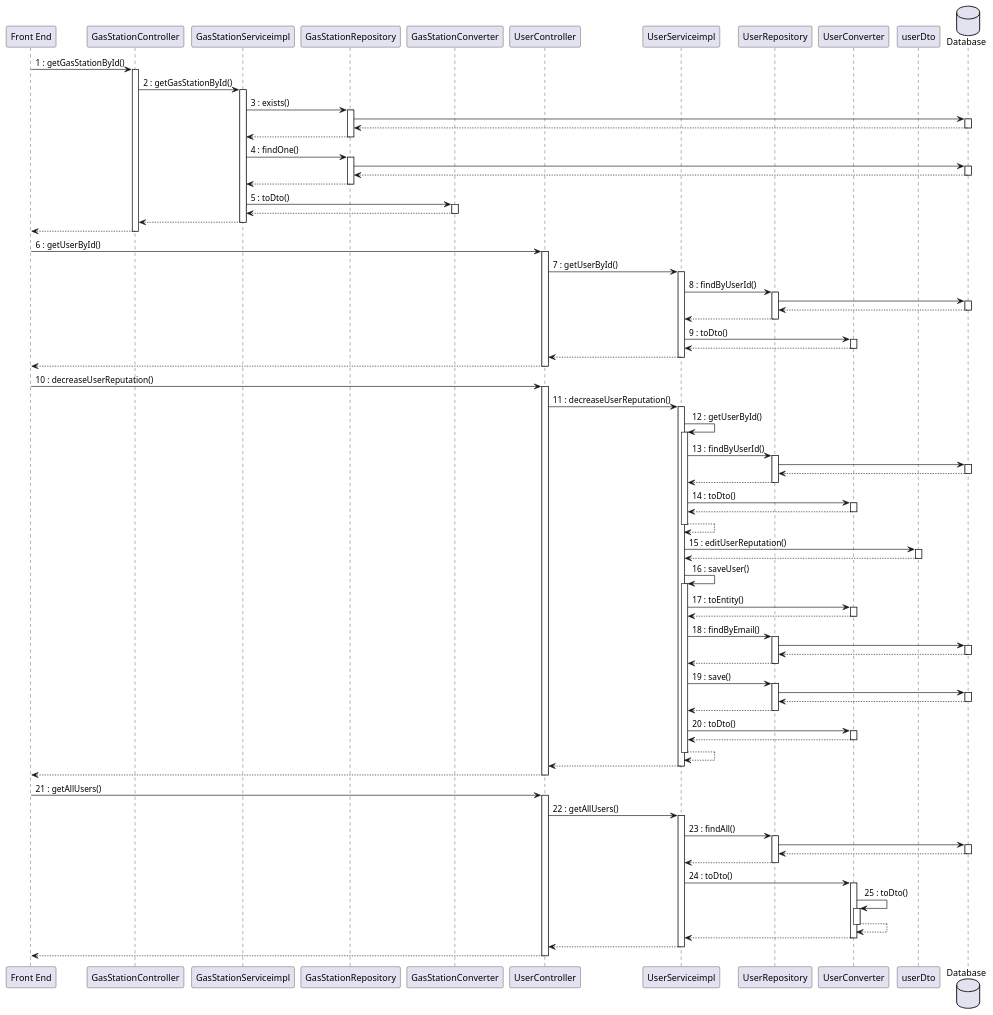
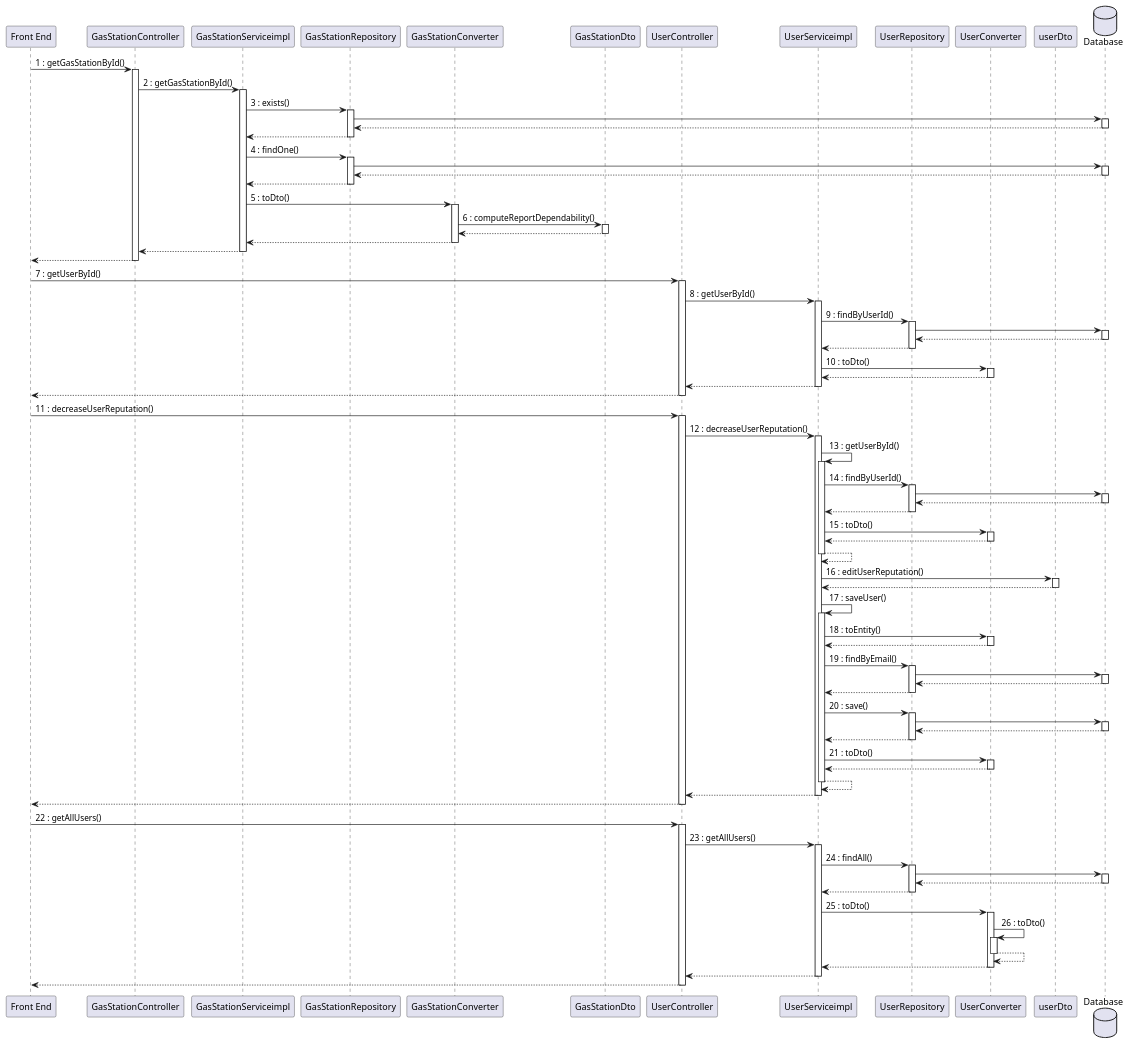
Diagram 15 of 15 in docs/DesignDocument.md (mosTavassoli/ezgas), drawn with PlantUML before and after one commit.

Commit message:
docs(DesignDocument): fix sequence diagram use case 10.2

```diff
--- a/docs/DesignDocument.md
+++ b/docs/DesignDocument.md
@@ -1185,67 +1185,70 @@
 return
 GasStationServiceimpl -> GasStationConverter:5 : toDto()
 activate GasStationConverter
+GasStationConverter -> GasStationDto:6 : computeReportDependability()
+activate GasStationDto
+return
 return
 return
 return
 
 
-"Front End" -> UserController:6 : getUserById()
+"Front End" -> UserController:7 : getUserById()
 activate UserController
-UserController -> UserServiceimpl:7 : getUserById()
+UserController -> UserServiceimpl:8 : getUserById()
 activate UserServiceimpl
-UserServiceimpl -> UserRepository:8 : findByUserId()
+UserServiceimpl -> UserRepository:9 : findByUserId()
 activate UserRepository
 UserRepository -> Database
 activate Database
 return
 return
-UserServiceimpl -> UserConverter:9 : toDto()
+UserServiceimpl -> UserConverter:10 : toDto()
 activate UserConverter
 return
 return
 return
 
 
-"Front End" -> UserController:10 : decreaseUserReputation()
+"Front End" -> UserController:11 : decreaseUserReputation()
 activate UserController
-UserController -> UserServiceimpl:11 : decreaseUserReputation()
+UserController -> UserServiceimpl:12 : decreaseUserReputation()
 activate UserServiceimpl
-UserServiceimpl -> UserServiceimpl:12 : getUserById()
+UserServiceimpl -> UserServiceimpl:13 : getUserById()
 activate UserServiceimpl
-UserServiceimpl -> UserRepository:13 : findByUserId()
+UserServiceimpl -> UserRepository:14 : findByUserId()
 activate UserRepository
 UserRepository -> Database
 activate Database
 return
 return
-UserServiceimpl -> UserConverter:14 : toDto()
+UserServiceimpl -> UserConverter:15 : toDto()
 activate UserConverter
 return
 return
 
-UserServiceimpl -> userDto:15 : editUserReputation()
+UserServiceimpl -> userDto:16 : editUserReputation()
 activate userDto
 return
 
-UserServiceimpl -> UserServiceimpl:16 : saveUser()
+UserServiceimpl -> UserServiceimpl:17 : saveUser()
 activate UserServiceimpl
-UserServiceimpl -> UserConverter:17 : toEntity()
+UserServiceimpl -> UserConverter:18 : toEntity()
 activate UserConverter
 return
-UserServiceimpl -> UserRepository:18 : findByEmail()
+UserServiceimpl -> UserRepository:19 : findByEmail()
 activate UserRepository
 UserRepository -> Database:
 activate Database
 return
 return
-UserServiceimpl -> UserRepository:19 : save()
+UserServiceimpl -> UserRepository:20 : save()
 activate UserRepository
 UserRepository -> Database
 activate Database
 return
 return
-UserServiceimpl -> UserConverter:20 : toDto()
+UserServiceimpl -> UserConverter:21 : toDto()
 activate UserConverter
 return
 return
@@ -1253,19 +1256,19 @@
 return
 return
 
-"Front End" -> UserController:21 : getAllUsers()
+"Front End" -> UserController:22 : getAllUsers()
 activate UserController
-UserController -> UserServiceimpl:22 : getAllUsers()
+UserController -> UserServiceimpl:23 : getAllUsers()
 activate UserServiceimpl
-UserServiceimpl -> UserRepository:23 : findAll()
+UserServiceimpl -> UserRepository:24 : findAll()
 activate UserRepository
 UserRepository -> Database
 activate Database
 return
 return
-UserServiceimpl -> UserConverter:24 : toDto()
+UserServiceimpl -> UserConverter:25 : toDto()
 activate UserConverter
-UserConverter -> UserConverter:25 : toDto()
+UserConverter -> UserConverter:26 : toDto()
 activate UserConverter
 return
 return
```
